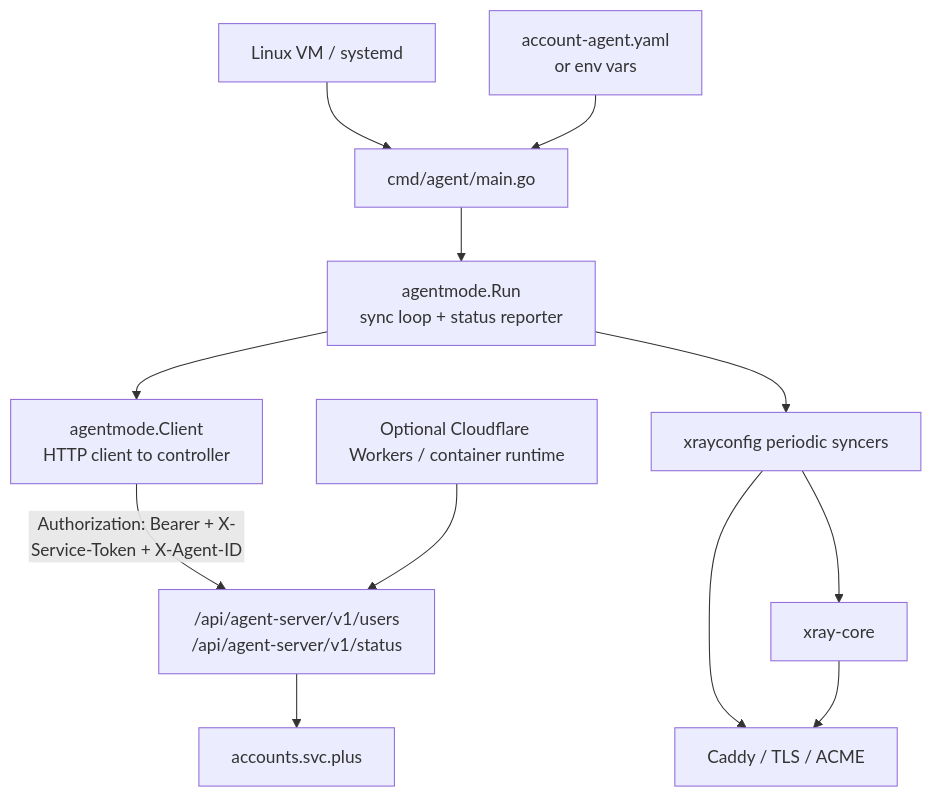
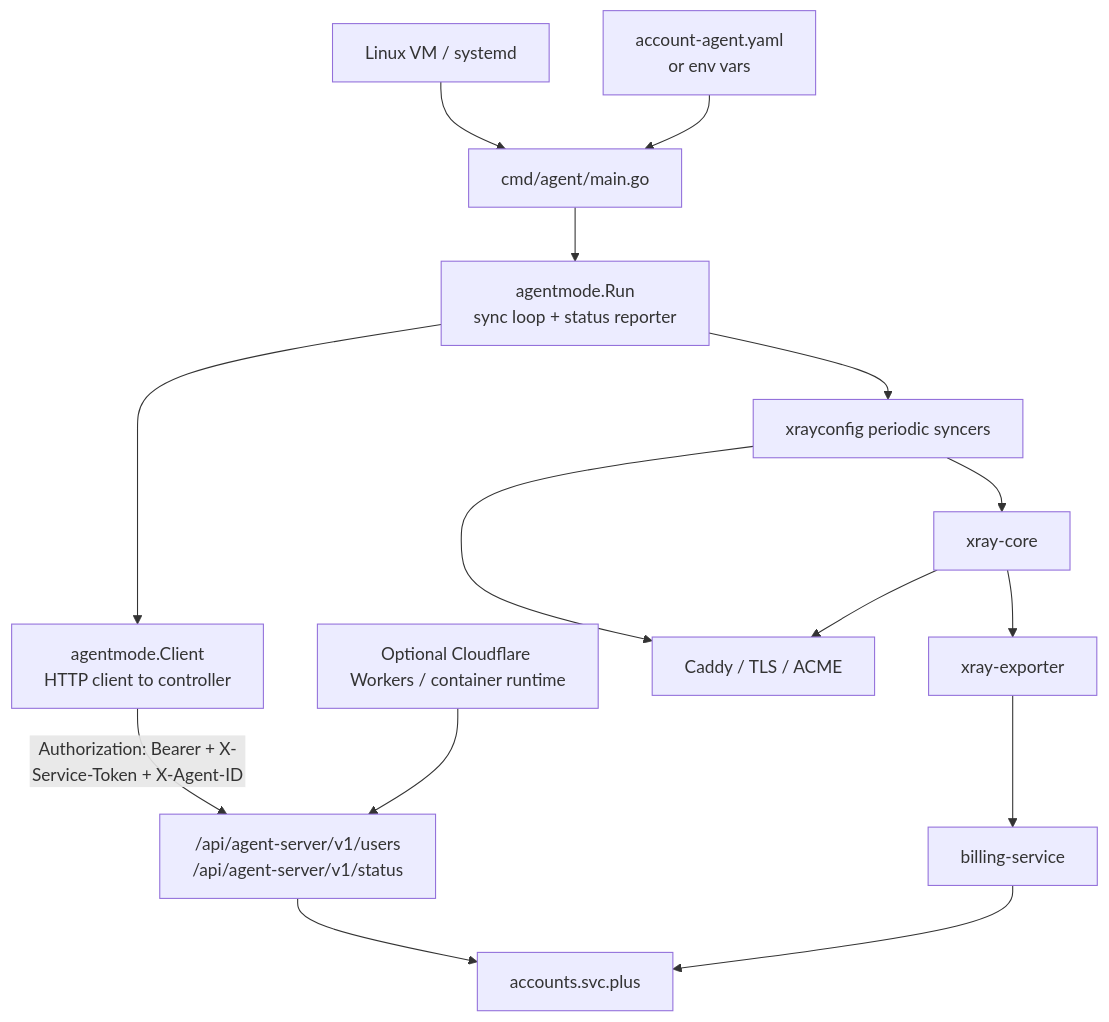
Before and after one commit to x-evor/agent.svc.plus: the diagram in docs/architecture/proxy-server/overview.md, drawn with Mermaid. The commit also changed other lines of this file and 17 other files, not shown here.

Commit message:
chore(control-plane): scaffold agent billing hooks and exporter deploy

````diff
--- a/docs/architecture/proxy-server/overview.md
+++ b/docs/architecture/proxy-server/overview.md
@@ -9,26 +9,31 @@
 ```mermaid
 flowchart TB
   VM["Linux VM / systemd"]
   Config["account-agent.yaml\nor env vars"]
   Main["cmd/agent/main.go"]
   Loop["agentmode.Run\nsync loop + status reporter"]
   Client["agentmode.Client\nHTTP client to controller"]
   Sync["xrayconfig periodic syncers"]
   Xray["xray-core"]
+  Exporter["xray-exporter"]
   Caddy["Caddy / TLS / ACME"]
   Accounts["accounts.svc.plus"]
+  Billing["billing-service"]
   AgentAPI["/api/agent-server/v1/users\n/api/agent-server/v1/status"]
   Edge["Optional Cloudflare Workers / container runtime"]
 
   VM --> Main
   Config --> Main
   Main --> Loop
   Loop --> Client
   Client -->|Authorization: Bearer + X-Service-Token + X-Agent-ID| AgentAPI
   Loop --> Sync
   Sync --> Xray
   Sync --> Caddy
   Xray --> Caddy
+  Xray --> Exporter
+  Exporter --> Billing
   AgentAPI --> Accounts
+  Billing --> Accounts
   Edge --> AgentAPI
 ```
````
